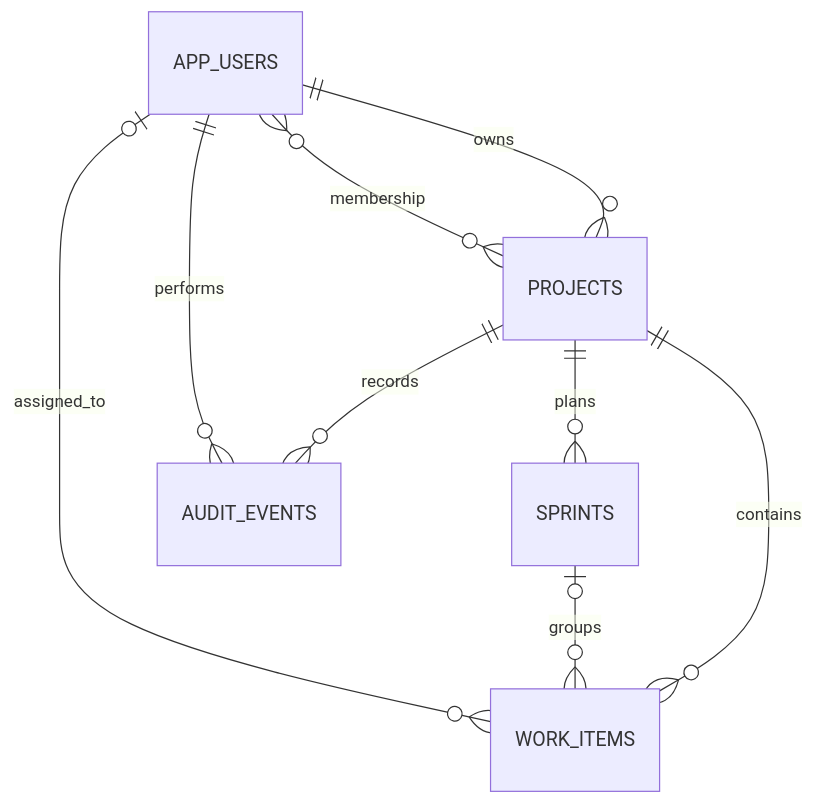
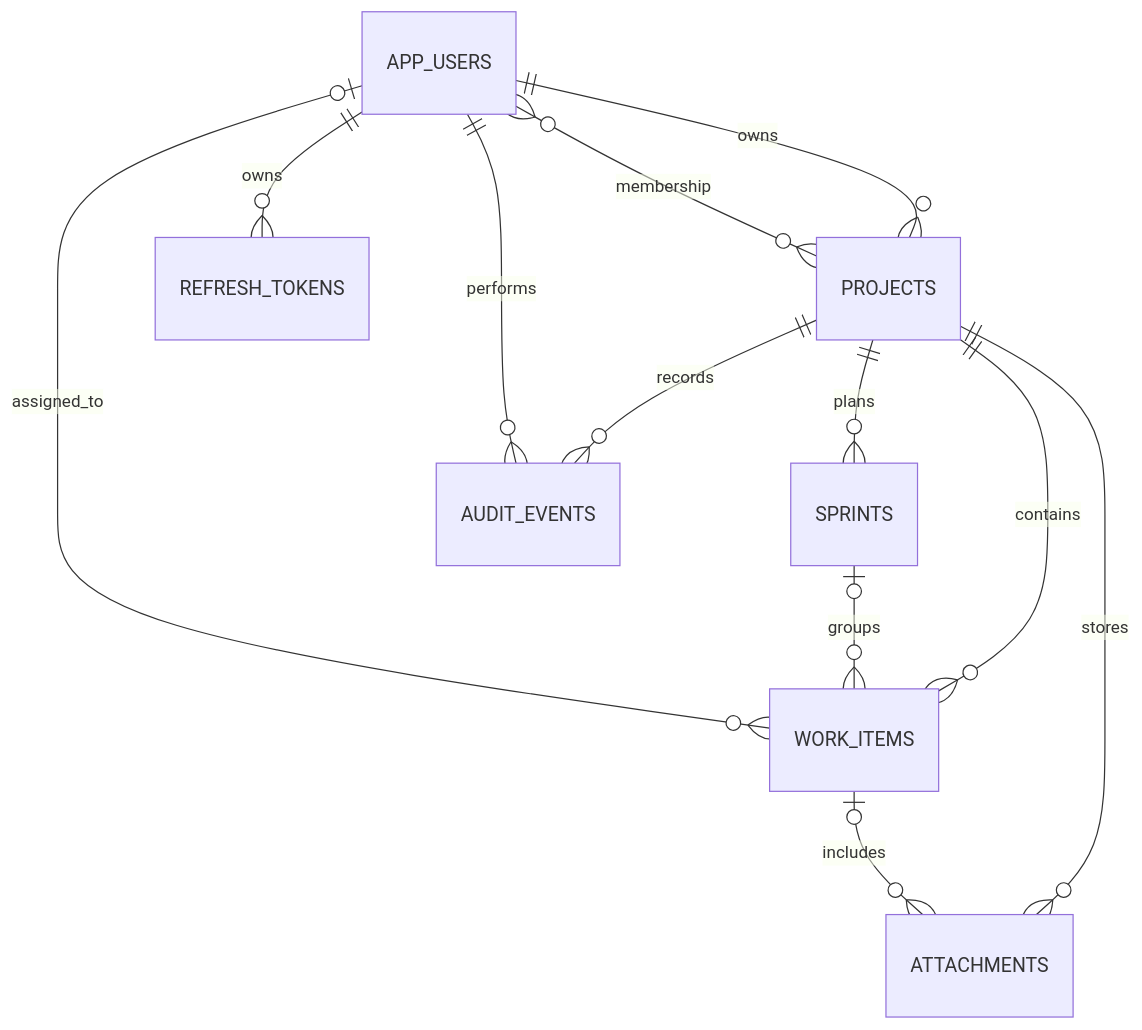
One commit to Goureesankarr/sprintforge changed the second of 2 diagrams in README.md. Above: the diagram before and after it, drawn with Mermaid. The commit also changed other lines of this file and 1 other file, not shown here.

Commit message:
docs: document production architecture

````diff
--- a/README.md
+++ b/README.md
@@ -65,11 +74,14 @@
 ```mermaid
 erDiagram
     APP_USERS ||--o{ PROJECTS : owns
     APP_USERS }o--o{ PROJECTS : membership
     PROJECTS ||--o{ SPRINTS : plans
     PROJECTS ||--o{ WORK_ITEMS : contains
     SPRINTS o|--o{ WORK_ITEMS : groups
     APP_USERS o|--o{ WORK_ITEMS : assigned_to
     PROJECTS ||--o{ AUDIT_EVENTS : records
     APP_USERS ||--o{ AUDIT_EVENTS : performs
+    APP_USERS ||--o{ REFRESH_TOKENS : owns
+    PROJECTS ||--o{ ATTACHMENTS : stores
+    WORK_ITEMS o|--o{ ATTACHMENTS : includes
 ```
````
